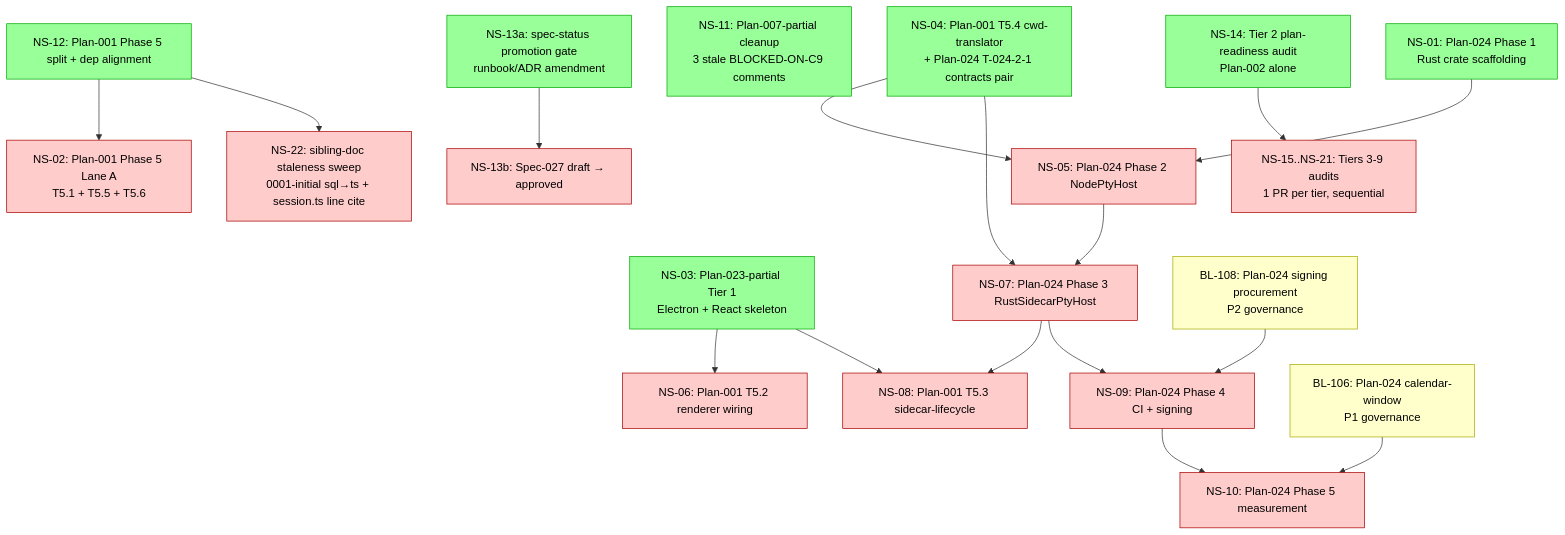
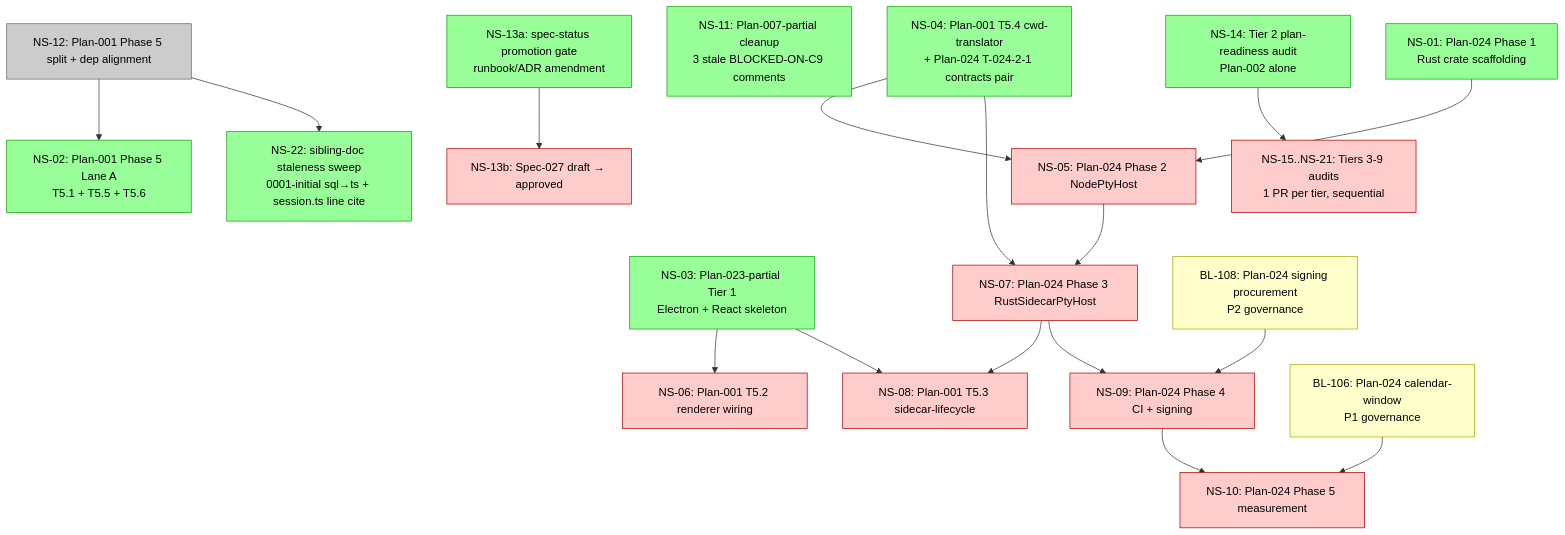
Before and after one commit to Sawmonabo/ai-sidekicks: the diagram in docs/architecture/cross-plan-dependencies.md, drawn with Mermaid. The commit also changed other lines of this file and 1 other file, not shown here.

First line of the commit message:
docs(repo): resolve NS-12 — split Plan-001 Phase 5 + audit checkbox

````diff
--- a/docs/architecture/cross-plan-dependencies.md
+++ b/docs/architecture/cross-plan-dependencies.md
@@ -282,52 +282,55 @@
 ```mermaid
 graph TB
-  %% READY (no upstream NS-XX blockers)
+  %% READY (no upstream NS-XX blockers, or all upstream satisfied)
   NS01[NS-01: Plan-024 Phase 1<br/>Rust crate scaffolding]:::ready
+  NS02[NS-02: Plan-001 Phase 5 Lane A<br/>T5.1 + T5.5 + T5.6]:::ready
   NS03[NS-03: Plan-023-partial Tier 1<br/>Electron + React skeleton]:::ready
   NS04[NS-04: Plan-001 T5.4 cwd-translator<br/>+ Plan-024 T-024-2-1 contracts pair]:::ready
   NS11[NS-11: Plan-007-partial cleanup<br/>3 stale BLOCKED-ON-C9 comments]:::ready
-  NS12[NS-12: Plan-001 Phase 5 split + dep alignment]:::ready
   NS13a[NS-13a: spec-status promotion gate<br/>runbook/ADR amendment]:::ready
   NS14[NS-14: Tier 2 plan-readiness audit<br/>Plan-002 alone]:::ready
-  NS22[NS-22: sibling-doc staleness sweep<br/>0001-initial sql→ts + session.ts line cite]:::blocked
+  NS22[NS-22: sibling-doc staleness sweep<br/>0001-initial sql→ts + session.ts line cite]:::ready
 
   %% BLOCKED
-  NS02[NS-02: Plan-001 Phase 5 Lane A<br/>T5.1 + T5.5 + T5.6]:::blocked
   NS05[NS-05: Plan-024 Phase 2 NodePtyHost]:::blocked
   NS06[NS-06: Plan-001 T5.2 renderer wiring]:::blocked
   NS07[NS-07: Plan-024 Phase 3 RustSidecarPtyHost]:::blocked
   NS08[NS-08: Plan-001 T5.3 sidecar-lifecycle]:::blocked
   NS09[NS-09: Plan-024 Phase 4 CI + signing]:::blocked
   NS10[NS-10: Plan-024 Phase 5 measurement]:::blocked
   NS13b[NS-13b: Spec-027 draft → approved]:::blocked
   NS15[NS-15..NS-21: Tiers 3-9 audits<br/>1 PR per tier, sequential]:::blocked
+
+  %% COMPLETED
+  NS12[NS-12: Plan-001 Phase 5 split + dep alignment]:::completed
 
   %% EXISTING BACKLOG (governance)
   BL106[BL-106: Plan-024 calendar-window<br/>P1 governance]:::governance
   BL108[BL-108: Plan-024 signing procurement<br/>P2 governance]:::governance
 
   %% Code track edges
   NS12 --> NS02
   NS12 --> NS22
   NS01 --> NS05
   NS04 --> NS05
   NS04 --> NS07
   NS05 --> NS07
   NS03 --> NS06
   NS03 --> NS08
   NS07 --> NS08
   NS07 --> NS09
   BL108 --> NS09
   NS09 --> NS10
   BL106 --> NS10
 
   %% Governance chain
   NS13a --> NS13b
 
   %% Audit chain
   NS14 --> NS15
 
   classDef ready fill:#9f9,stroke:#0a0,color:#000
   classDef blocked fill:#fcc,stroke:#a00,color:#000
+  classDef completed fill:#ccc,stroke:#666,color:#000
   classDef governance fill:#ffc,stroke:#aa0,color:#000
 ```
````
